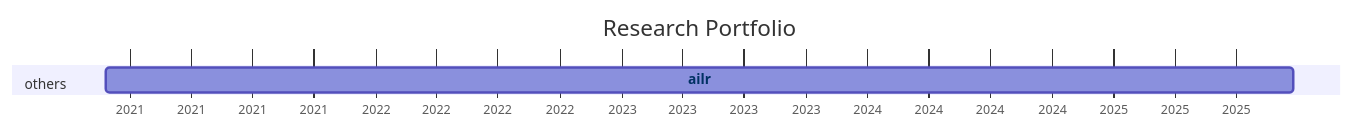
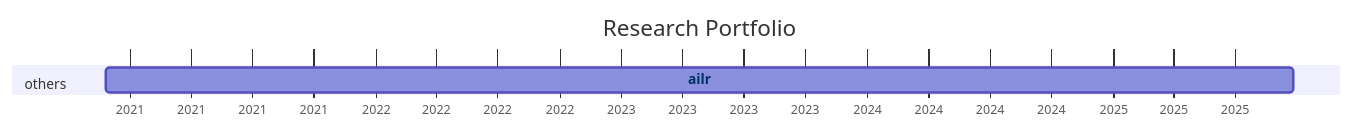
The diagram in docs/20-research/25-projects-gantt.md (digital-work-lab/handbook), drawn with Mermaid before and after one commit. The commit also changed 2 other files, not shown here.

Commit message:
Update repository overview

````diff
--- a/docs/20-research/25-projects-gantt.md
+++ b/docs/20-research/25-projects-gantt.md
@@ -8,21 +8,21 @@
 ```mermaid
 ---
 displayMode: compact
 ---
 gantt
 title Research Portfolio
 dateFormat YYYY-MM-DD
 axisFormat %Y
 
     section work_practices
 
     section distributed_organizing
 
     section knowledge_synthesis
 
     section others
-        ailr :ailr, 2020-11-26, 2025-09-25
+        ailr :ailr, 2020-11-26, 2025-09-26
 
 
     click ailr href "{{ site.baseurl }}/docs/10-lab/18-resources/ailr.html"
 ```
````
